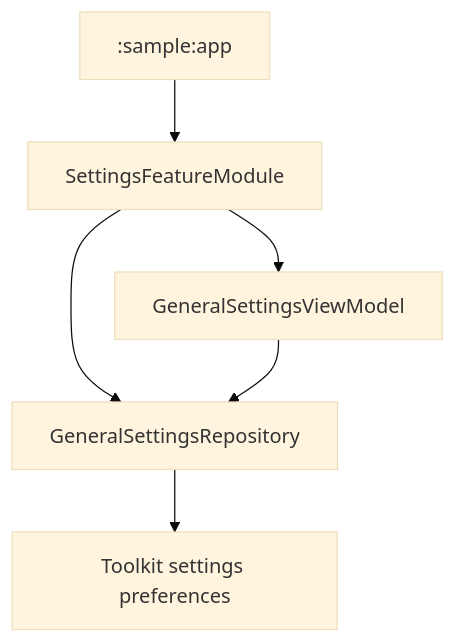
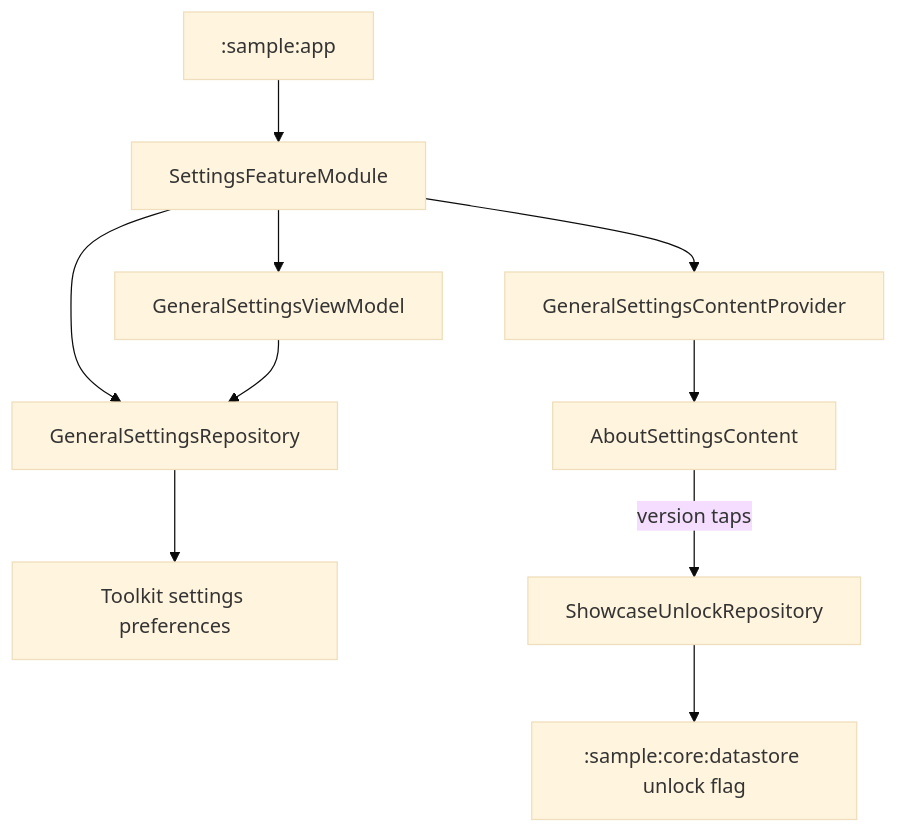
Before and after one commit to MihaiCristianCondrea/App-Toolkit-for-Android: the diagram in sample/feature/settings/README.md, drawn with Mermaid (base theme). The commit also changed other lines of this file and 32 other files, not shown here.

First line of the commit message:
refactor(sample): give each module the code it actually owns

````diff
--- a/sample/feature/settings/README.md
+++ b/sample/feature/settings/README.md
@@ -30,8 +36,12 @@
 ```mermaid
 flowchart TD
     App[":sample:app"] --> Module[SettingsFeatureModule]
     Module --> Repo[GeneralSettingsRepository]
     Module --> VM[GeneralSettingsViewModel]
+    Module --> Provider[GeneralSettingsContentProvider]
     VM --> Repo
     Repo --> Toolkit[Toolkit settings preferences]
+    Provider --> About[AboutSettingsContent]
+    About -->|version taps| Unlock[ShowcaseUnlockRepository]
+    Unlock --> Store[":sample:core:datastore" unlock flag]
 ```
````
